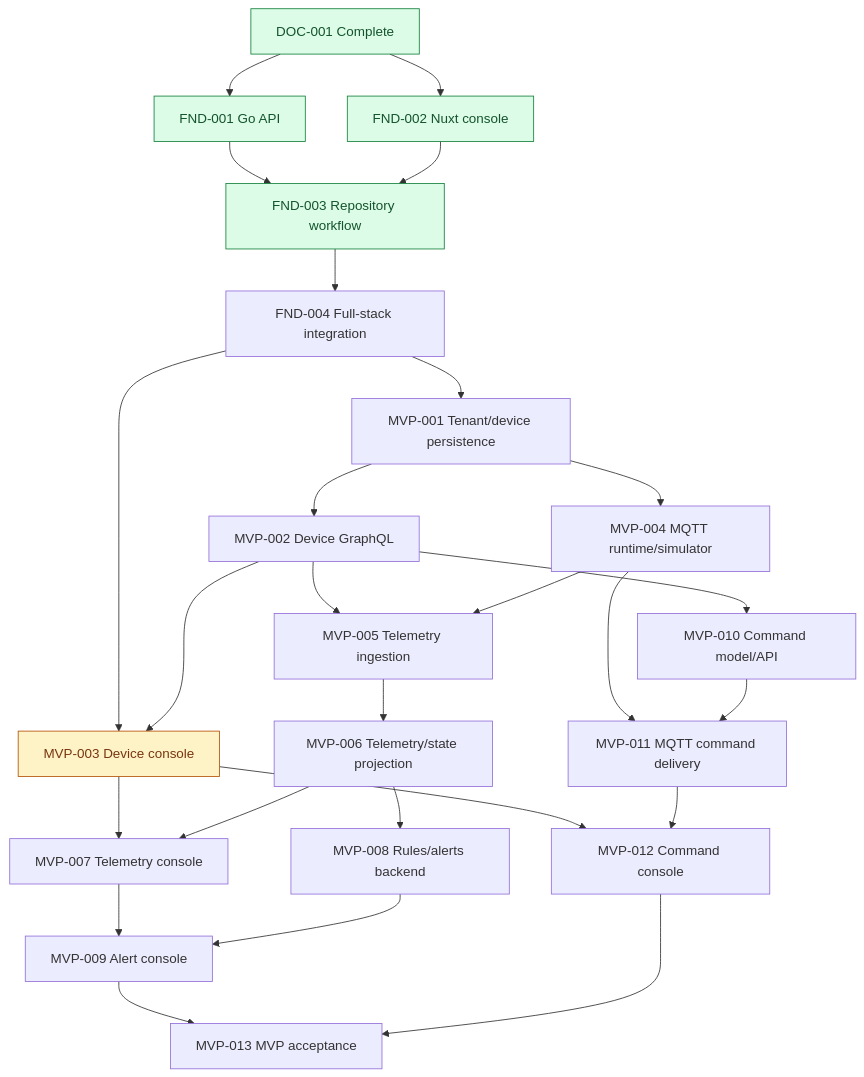
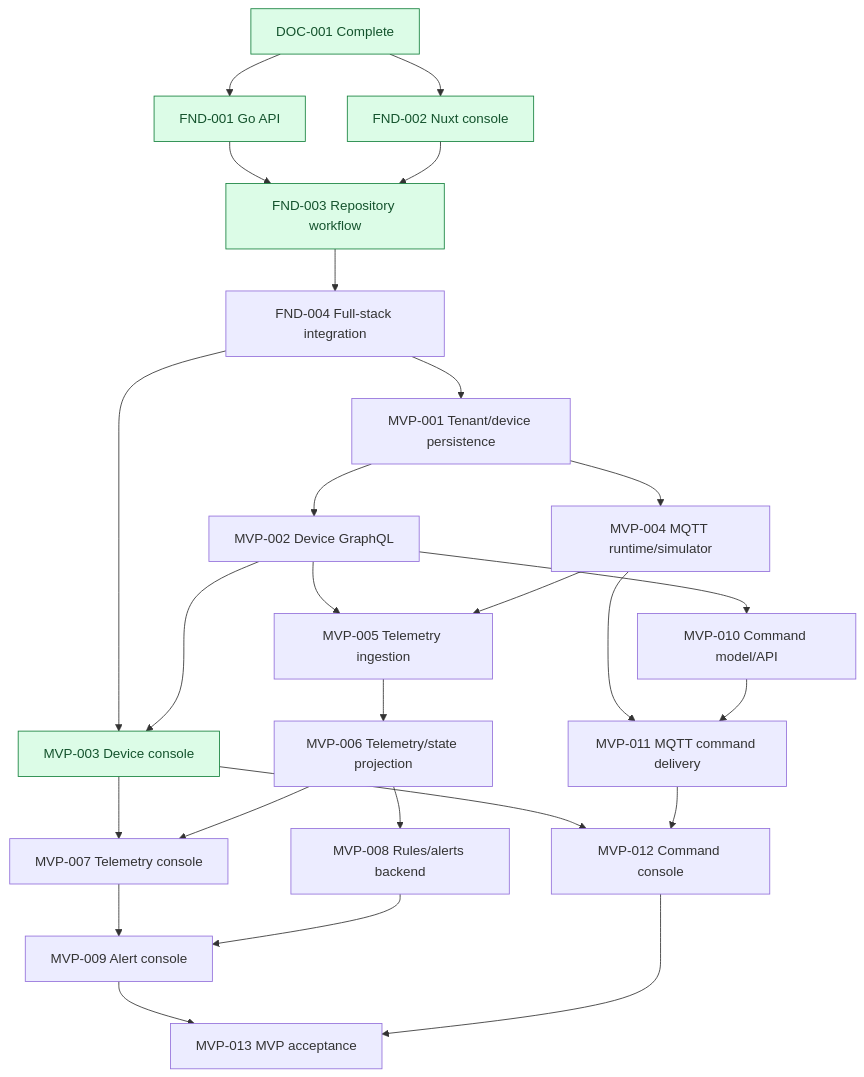
Before and after one commit to methat-ruk/pulsegrid: the second of 2 diagrams in docs/roadmap/roadmap.md, drawn with Mermaid. The commit also changed other lines of this file and 5 other files, not shown here.

````diff
--- a/docs/roadmap/roadmap.md
+++ b/docs/roadmap/roadmap.md
@@ -49,41 +49,41 @@
 ```mermaid
 flowchart TD
     DOC001[DOC-001 Complete] --> FND001[FND-001 Go API]
     DOC001 --> FND002[FND-002 Nuxt console]
     FND001 --> FND003[FND-003 Repository workflow]
     FND002 --> FND003
     FND003 --> FND004[FND-004 Full-stack integration]
 
     FND004 --> MVP001[MVP-001 Tenant/device persistence]
     MVP001 --> MVP002[MVP-002 Device GraphQL]
     FND004 --> MVP003[MVP-003 Device console]
     MVP002 --> MVP003
 
     MVP001 --> MVP004[MVP-004 MQTT runtime/simulator]
     MVP002 --> MVP005[MVP-005 Telemetry ingestion]
     MVP004 --> MVP005
     MVP005 --> MVP006[MVP-006 Telemetry/state projection]
     MVP003 --> MVP007[MVP-007 Telemetry console]
     MVP006 --> MVP007
 
     MVP006 --> MVP008[MVP-008 Rules/alerts backend]
     MVP007 --> MVP009[MVP-009 Alert console]
     MVP008 --> MVP009
 
     MVP002 --> MVP010[MVP-010 Command model/API]
     MVP004 --> MVP011[MVP-011 MQTT command delivery]
     MVP010 --> MVP011
     MVP003 --> MVP012[MVP-012 Command console]
     MVP011 --> MVP012
 
     MVP009 --> MVP013[MVP-013 MVP acceptance]
     MVP012 --> MVP013
 
     classDef complete fill:#DCFCE7,stroke:#15803D,color:#14532D;
     classDef progress fill:#FEF3C7,stroke:#B45309,color:#78350F;
     class DOC001 complete;
     class FND001 complete;
     class FND002 complete;
     class FND003 complete;
-    class MVP003 progress;
+    class MVP003 complete;
 ```
````
